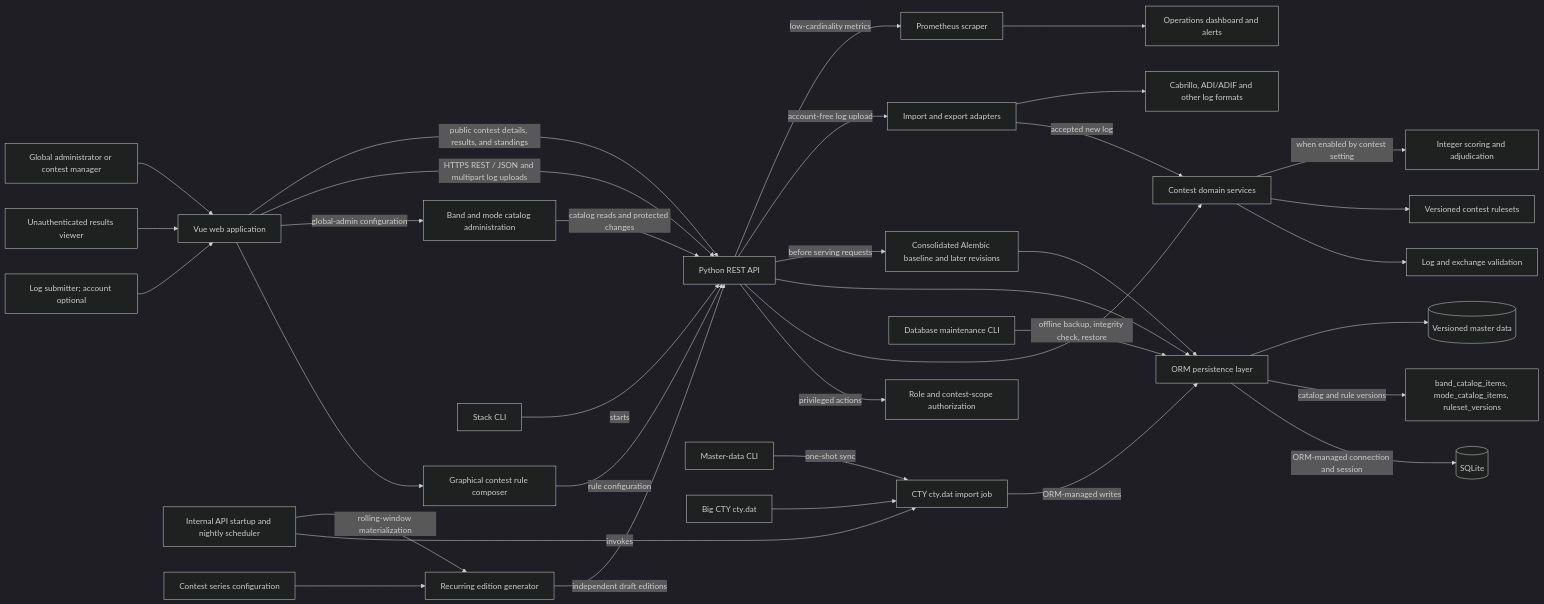
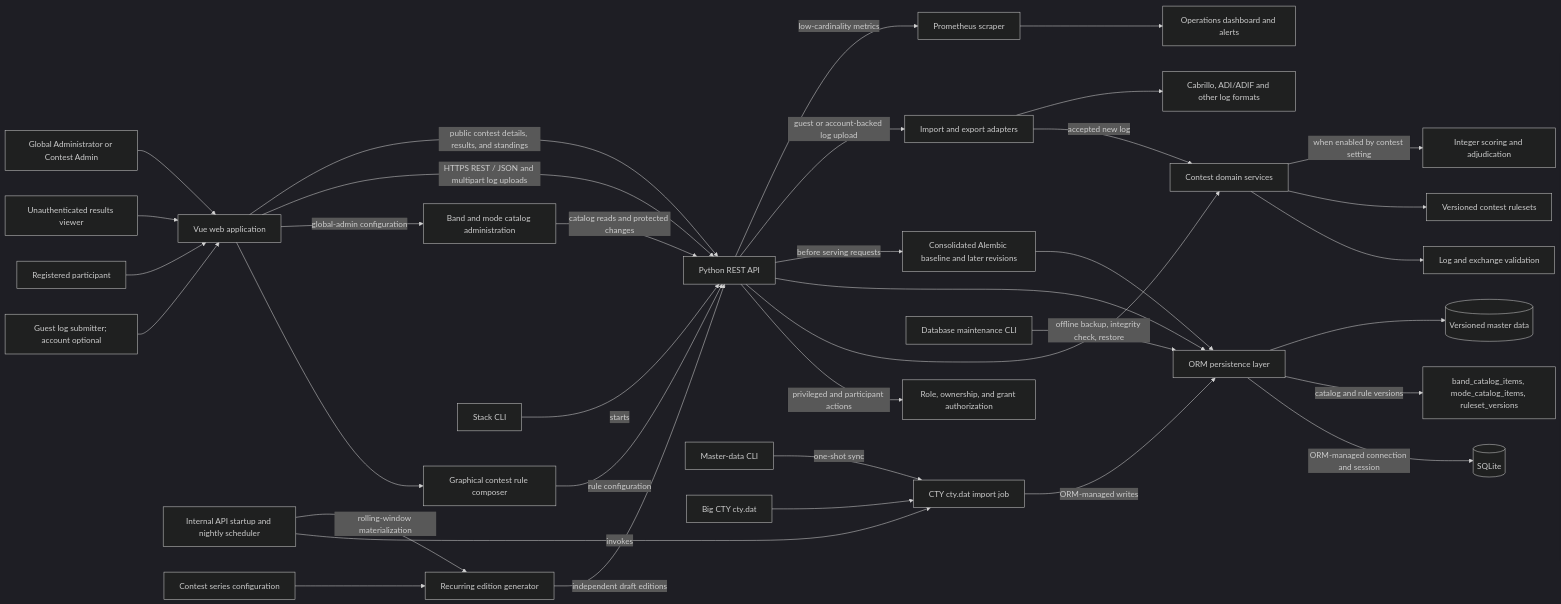
One commit to ea7klk/contestmaster changed the first of 3 diagrams in documentation/README.md. Above: the diagram before and after it, drawn with Mermaid (dark theme). The commit also changed other lines of this file and 40 other files, not shown here.

````diff
--- a/documentation/README.md
+++ b/documentation/README.md
@@ -81,37 +83,38 @@
 ```mermaid
 flowchart LR
-    Participant[Log submitter; account optional] --> Web[Vue web application]
+    Guest[Guest log submitter; account optional] --> Web[Vue web application]
+    Participant[Registered participant] --> Web
     Visitor[Unauthenticated results viewer] --> Web
-    PrivilegedUser[Global administrator or contest manager] --> Web
+    PrivilegedUser[Global Administrator or Contest Admin] --> Web
     Web --> Composer[Graphical contest rule composer]
     Web -->|global-admin configuration| CatalogAdmin[Band and mode catalog administration]
     Composer -->|rule configuration| API[Python REST API]
     CatalogAdmin -->|catalog reads and protected changes| API
     Web -->|HTTPS REST / JSON and multipart log uploads| API[Python REST API]
     Web -->|public contest details, results, and standings| API
-    API -->|privileged actions| Auth[Role and contest-scope authorization]
+    API -->|privileged and participant actions| Auth[Role, ownership, and grant authorization]
     API --> Domain[Contest domain services]
     Domain --> Validation[Log and exchange validation]
     Domain --> Rules[Versioned contest rulesets]
     Domain -->|when enabled by contest setting| Scoring[Integer scoring and adjudication]
     API --> Store[ORM persistence layer]
     API -->|before serving requests| SchemaMigration[Consolidated Alembic baseline and later revisions]
     SchemaMigration --> Store
     Store -->|ORM-managed connection and session| DB[(SQLite)]
     Store -->|catalog and rule versions| OperatingCatalog[band_catalog_items, mode_catalog_items, ruleset_versions]
-    API -->|account-free log upload| Adapters[Import and export adapters]
+    API -->|guest or account-backed log upload| Adapters[Import and export adapters]
     Adapters -->|accepted new log| Domain
     Adapters --> Formats[Cabrillo, ADI/ADIF and other log formats]
     Timer[Internal API startup and nightly scheduler] -->|invokes| MasterImport[CTY cty.dat import job]
     Timer -->|rolling-window materialization| EditionGenerator[Recurring edition generator]
     Series[Contest series configuration] --> EditionGenerator
     EditionGenerator -->|independent draft editions| API
     StackCLI[Stack CLI] -->|starts| API
     MasterCLI[Master-data CLI] -->|one-shot sync| MasterImport
     DBCLI[Database maintenance CLI] -->|offline backup, integrity check, restore| Store
     API -->|low-cardinality metrics| Prometheus[Prometheus scraper]
     Prometheus --> Dashboard[Operations dashboard and alerts]
     CTYSource[Big CTY cty.dat] --> MasterImport
     MasterImport -->|ORM-managed writes| Store
     Store --> ReferenceData[(Versioned master data)]
 ```
````
